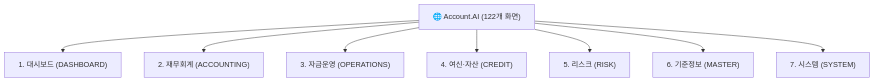
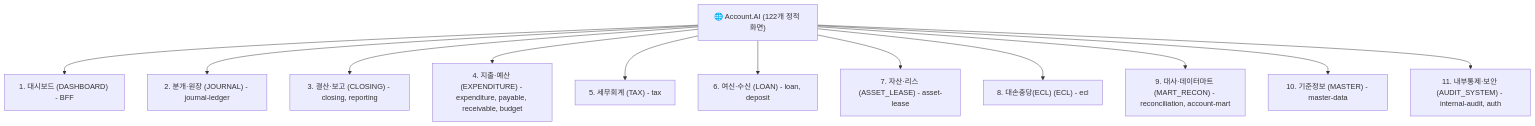
One commit to skyg547/account changed the diagram in frontend/docs/ui-layout-and-screen-specification.md. Above: the diagram before and after it, drawn with Mermaid. The commit also changed other lines of this file and 17 other files, not shown here.

````diff
--- a/frontend/docs/ui-layout-and-screen-specification.md
+++ b/frontend/docs/ui-layout-and-screen-specification.md
@@ -50,11 +42,15 @@
 ```mermaid
 graph TD
-    Root["🌐 Account.AI (122개 화면)"]
-    Root --> C1["1. 대시보드 (DASHBOARD)"]
-    Root --> C2["2. 재무회계 (ACCOUNTING)"]
-    Root --> C3["3. 자금운영 (OPERATIONS)"]
-    Root --> C4["4. 여신·자산 (CREDIT)"]
-    Root --> C5["5. 리스크 (RISK)"]
-    Root --> C6["6. 기준정보 (MASTER)"]
-    Root --> C7["7. 시스템 (SYSTEM)"]
+    Root["🌐 Account.AI (122개 정적 화면)"]
+    Root --> M1["1. 대시보드 (DASHBOARD) - BFF"]
+    Root --> M2["2. 분개·원장 (JOURNAL) - journal-ledger"]
+    Root --> M3["3. 결산·보고 (CLOSING) - closing, reporting"]
+    Root --> M4["4. 지출·예산 (EXPENDITURE) - expenditure, payable, receivable, budget"]
+    Root --> M5["5. 세무회계 (TAX) - tax"]
+    Root --> M6["6. 여신·수신 (LOAN) - loan, deposit"]
+    Root --> M7["7. 자산·리스 (ASSET_LEASE) - asset-lease"]
+    Root --> M8["8. 대손충당(ECL) (ECL) - ecl"]
+    Root --> M9["9. 대사·데이터마트 (MART_RECON) - reconciliation, account-mart"]
+    Root --> M10["10. 기준정보 (MASTER) - master-data"]
+    Root --> M11["11. 내부통제·보안 (AUDIT_SYSTEM) - internal-audit, auth"]
 ```
````
